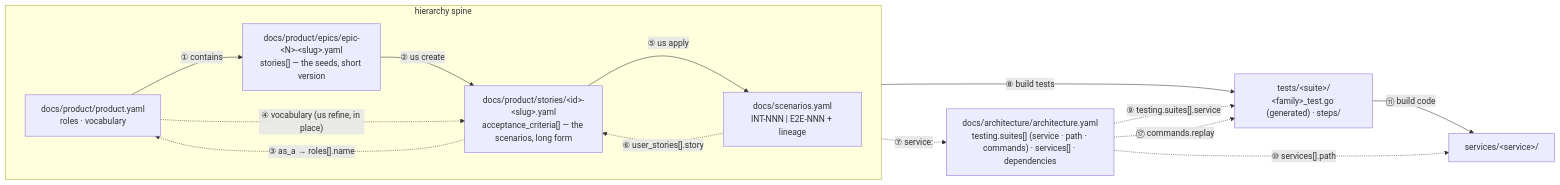
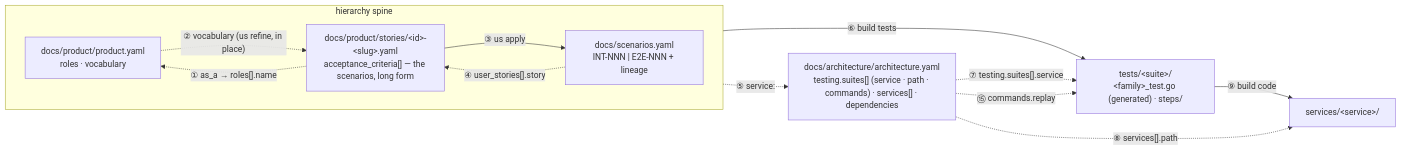
The diagram in docs/doc-universe.md (ondatra-ai/true-bdd), drawn with Mermaid before and after one commit. The commit also changed other lines of this file and 6 other files, not shown here.

First line of the commit message:
docs: describe a pipeline that starts at `us refine`, with no epics (#130)

````diff
--- a/docs/doc-universe.md
+++ b/docs/doc-universe.md
@@ -87,28 +85,25 @@
 ```mermaid
 flowchart LR
   subgraph spine["hierarchy spine"]
     direction LR
     PRODUCT["docs/product/product.yaml<br/>roles · vocabulary"]
-    EPIC["docs/product/epics/epic-&lt;N&gt;-&lt;slug&gt;.yaml<br/>stories[] — the seeds, short version"]
     STORY["docs/product/stories/&lt;id&gt;-&lt;slug&gt;.yaml<br/>acceptance_criteria[] — the scenarios, long form"]
     REG["docs/scenarios.yaml<br/>INT-NNN | E2E-NNN + lineage"]
-    PRODUCT -- "① contains" --> EPIC
-    EPIC -- "② us create" --> STORY
-    STORY -- "⑤ us apply" --> REG
+    STORY -- "③ us apply" --> REG
   end
 
-  STORY -. "③ as_a → roles[].name" .-> PRODUCT
-  PRODUCT -. "④ vocabulary (us refine, in place)" .-> STORY
-  REG -. "⑥ user_stories[].story" .-> STORY
+  STORY -. "① as_a → roles[].name" .-> PRODUCT
+  PRODUCT -. "② vocabulary (us refine, in place)" .-> STORY
+  REG -. "④ user_stories[].story" .-> STORY
 
   ARCH["docs/architecture/architecture.yaml<br/>testing.suites[] (service · path · commands) · services[] · dependencies"]
   TESTS["tests/&lt;suite&gt;/<br/>&lt;family&gt;_test.go (generated) · steps/"]
   SRC["services/&lt;service&gt;/"]
 
-  REG -- "⑧ build tests" --> TESTS
-  TESTS -- "⑪ build code" --> SRC
-  REG -. "⑦ service:" .-> ARCH
-  ARCH -. "⑨ testing.suites[].service" .-> TESTS
-  ARCH -. "⑰ commands.replay" .-> TESTS
-  ARCH -. "⑩ services[].path" .-> SRC
+  REG -- "⑥ build tests" --> TESTS
+  TESTS -- "⑨ build code" --> SRC
+  REG -. "⑤ service:" .-> ARCH
+  ARCH -. "⑦ testing.suites[].service" .-> TESTS
+  ARCH -. "⑮ commands.replay" .-> TESTS
+  ARCH -. "⑧ services[].path" .-> SRC
 ```
````
